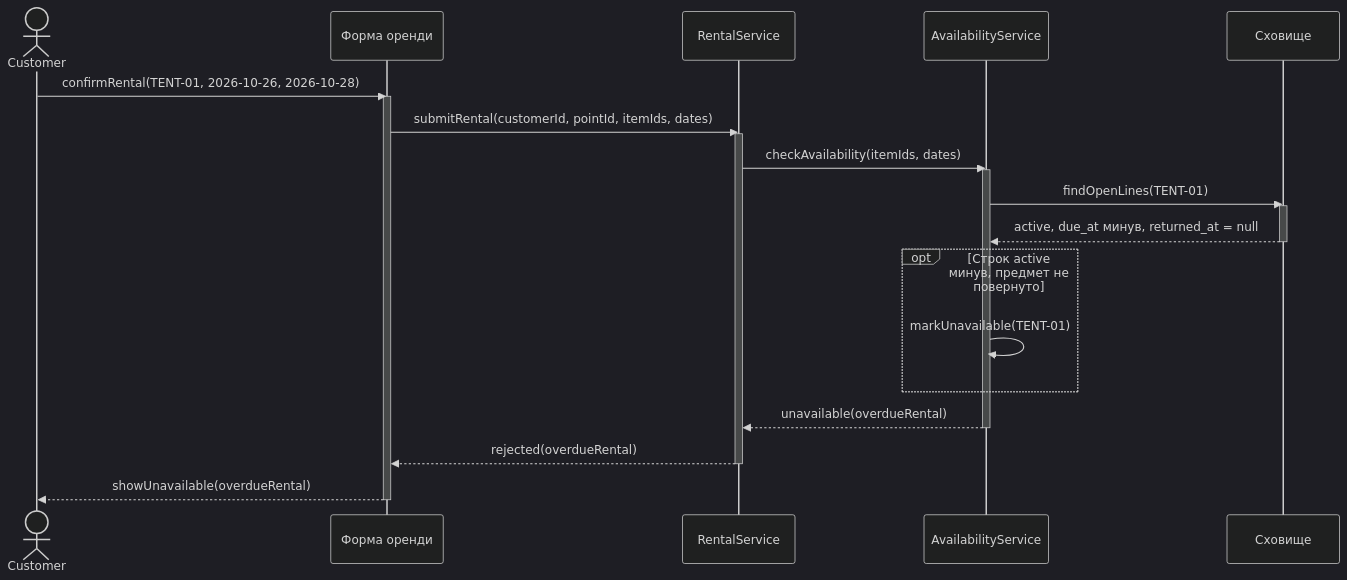
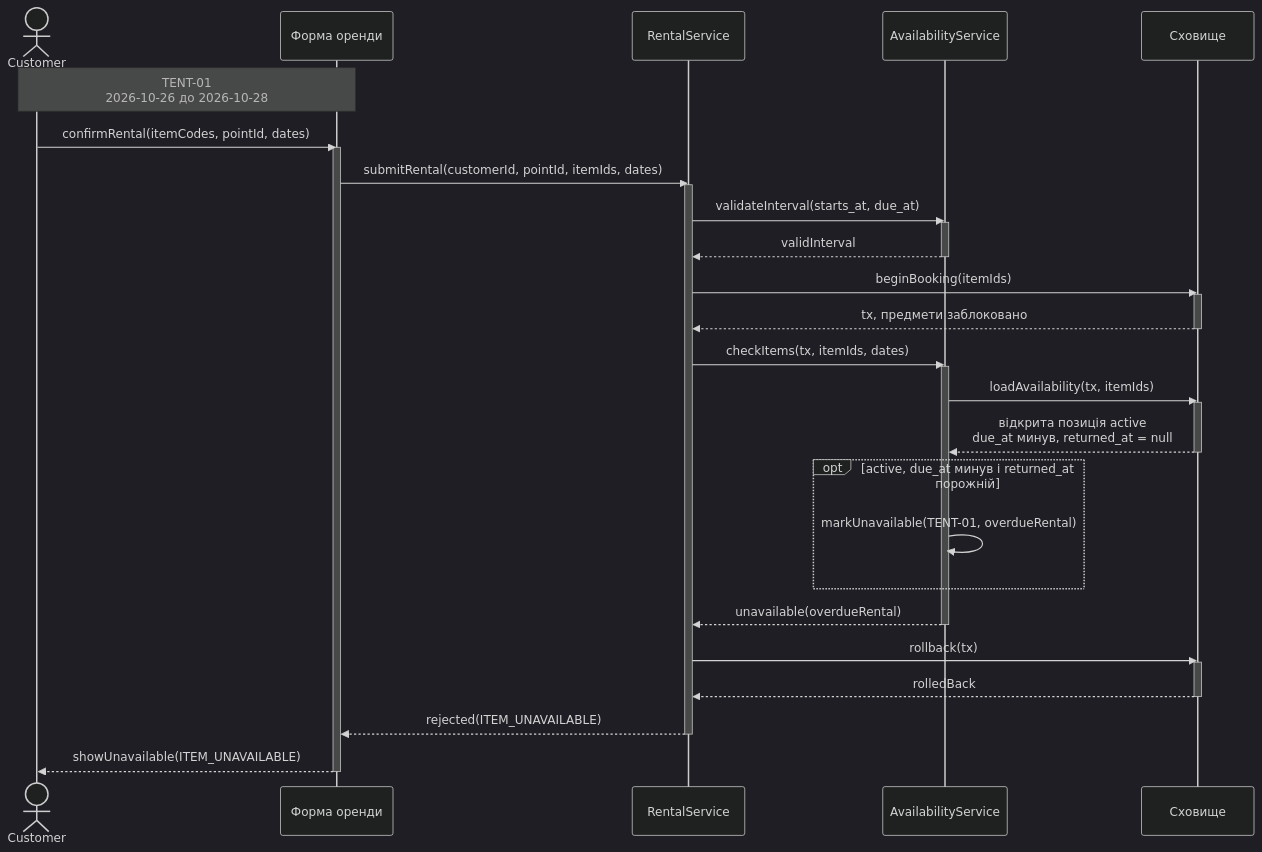
Before and after one commit to kirgafan/KPI_labs: the second of 6 diagrams in Labs/lab-3/model.md, drawn with Mermaid (dark theme). The commit also changed other lines of this file, not shown here.

Commit message:
refactor(lab-3): regenerate sequences from audit feedback

````diff
--- a/Labs/lab-3/model.md
+++ b/Labs/lab-3/model.md
@@ -41,27 +65,40 @@
 ```mermaid
 sequenceDiagram
     actor C as Customer
     participant U as Форма оренди
     participant R as RentalService
     participant A as AvailabilityService
     participant S as Сховище
-    C->>U: confirmRental(TENT-01, 2026-10-26, 2026-10-28)
+    Note over C,U: TENT-01<br/>2026-10-26 до 2026-10-28
+    C->>U: confirmRental(itemCodes, pointId, dates)
     activate U
     U->>R: submitRental(customerId, pointId, itemIds, dates)
     activate R
-    R->>A: checkAvailability(itemIds, dates)
+    R->>A: validateInterval(starts_at, due_at)
     activate A
-    A->>S: findOpenLines(TENT-01)
+    A-->>R: validInterval
+    deactivate A
+    R->>S: beginBooking(itemIds)
     activate S
-    S-->>A: active, due_at минув, returned_at = null
+    S-->>R: tx, предмети заблоковано
     deactivate S
-    opt Строк active минув, предмет не повернуто
-        A->>A: markUnavailable(TENT-01)
+    R->>A: checkItems(tx, itemIds, dates)
+    activate A
+    A->>S: loadAvailability(tx, itemIds)
+    activate S
+    S-->>A: відкрита позиція active<br/>due_at минув, returned_at = null
+    deactivate S
+    opt active, due_at минув і returned_at порожній
+        A->>A: markUnavailable(TENT-01, overdueRental)
     end
     A-->>R: unavailable(overdueRental)
     deactivate A
-    R-->>U: rejected(overdueRental)
+    R->>S: rollback(tx)
+    activate S
+    S-->>R: rolledBack
+    deactivate S
+    R-->>U: rejected(ITEM_UNAVAILABLE)
     deactivate R
-    U-->>C: showUnavailable(overdueRental)
+    U-->>C: showUnavailable(ITEM_UNAVAILABLE)
     deactivate U
 ```
````
